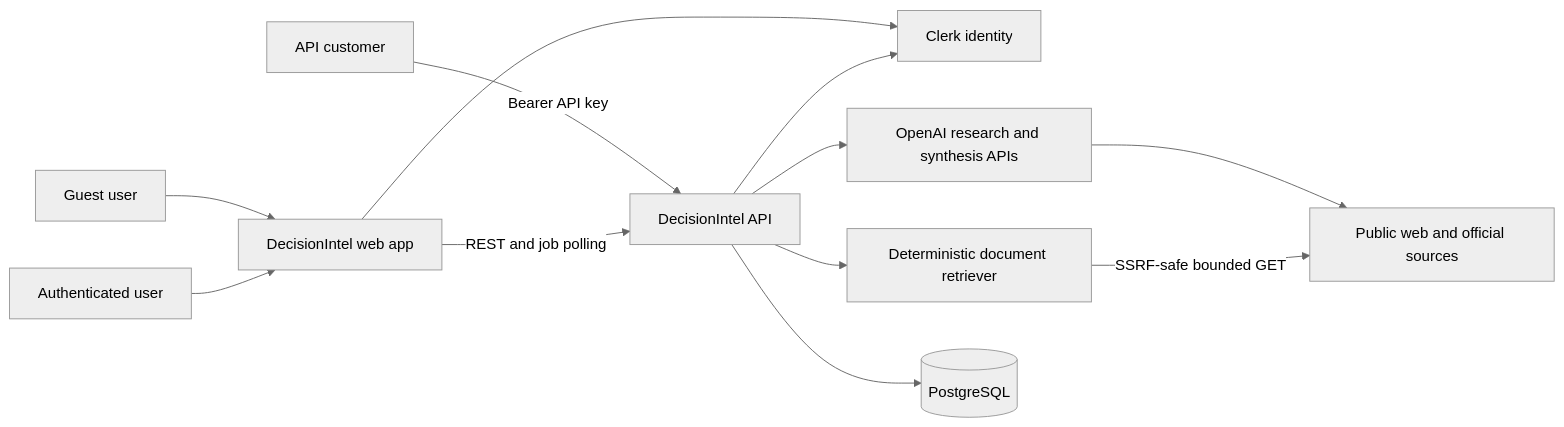
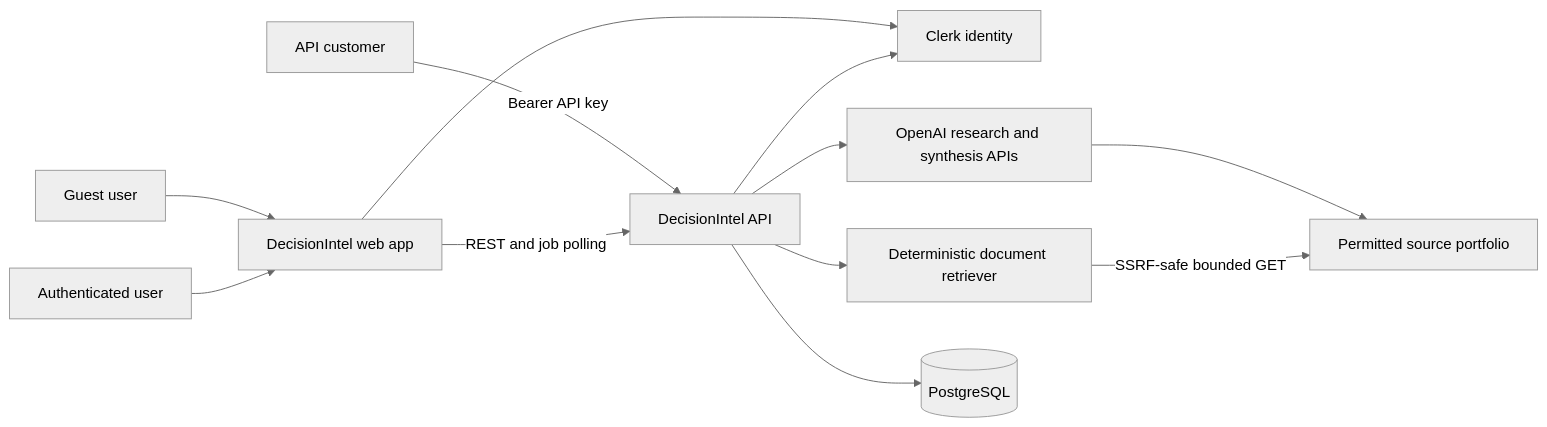
One commit to bharanmanivannan-sys/Vendor_Comparison_Clerk_Replit changed the first of 7 diagrams in docs/architecture-and-design.md. Above: the diagram before and after it, drawn with Mermaid (neutral theme). The commit also changed other lines of this file and 37 other files, not shown here.

Commit message:
Add source governance, preflight validation, and architecture rules

````diff
--- a/docs/architecture-and-design.md
+++ b/docs/architecture-and-design.md
@@ -30,25 +33,25 @@
 ```mermaid
 flowchart LR
     Guest[Guest user]
     User[Authenticated user]
     Customer[API customer]
     Web[DecisionIntel web app]
     API[DecisionIntel API]
     Clerk[Clerk identity]
     OpenAI[OpenAI research and synthesis APIs]
     Retrieval[Deterministic document retriever]
-    WebSources[Public web and official sources]
+    WebSources[Permitted source portfolio]
     Postgres[(PostgreSQL)]
 
     Guest --> Web
     User --> Web
     Customer -->|Bearer API key| API
     Web -->|REST and job polling| API
     Web --> Clerk
     API --> Clerk
     API --> OpenAI
     OpenAI --> WebSources
     API --> Retrieval
     Retrieval -->|SSRF-safe bounded GET| WebSources
     API --> Postgres
 ```
````
